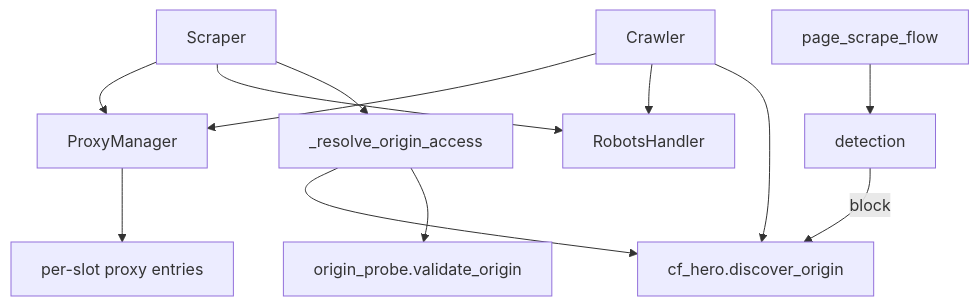
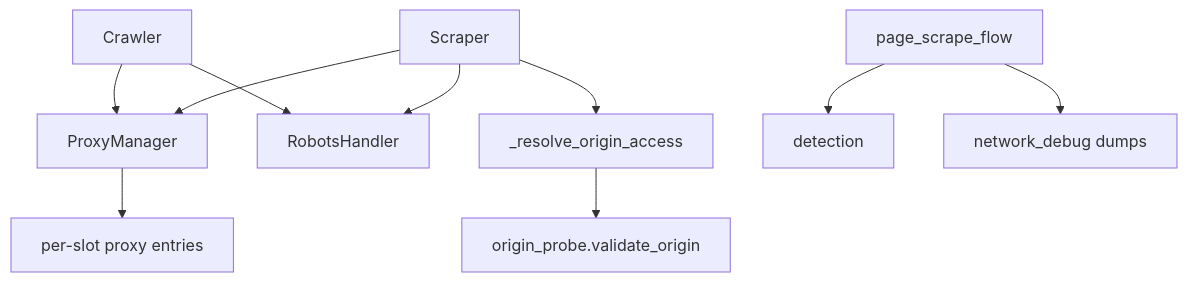
Before and after one commit to Shellghostt/WebVac: the first of 4 diagrams in docs/architecture/PROXY_ORIGIN.md, drawn with Mermaid. The commit also changed other lines of this file and 13 other files, not shown here.

Commit message:
Remove CF-Hero; keep manual origin-IP bypass only.

````diff
--- a/docs/architecture/PROXY_ORIGIN.md
+++ b/docs/architecture/PROXY_ORIGIN.md
@@ -18,14 +19,12 @@
 ```mermaid
 flowchart TB
   Scraper --> Proxy[ProxyManager]
   Scraper --> Robots[RobotsHandler]
   Scraper --> Origin[_resolve_origin_access]
-  Origin --> CF[cf_hero.discover_origin]
   Origin --> Probe[origin_probe.validate_origin]
   Proxy --> Slots[per-slot proxy entries]
   Crawler --> Proxy
   Crawler --> Robots
-  Crawler --> CF
   Flow[page_scrape_flow] --> Det[detection]
-  Det -->|block| CF
+  Flow --> NetDbg[network_debug dumps]
 ```
````
